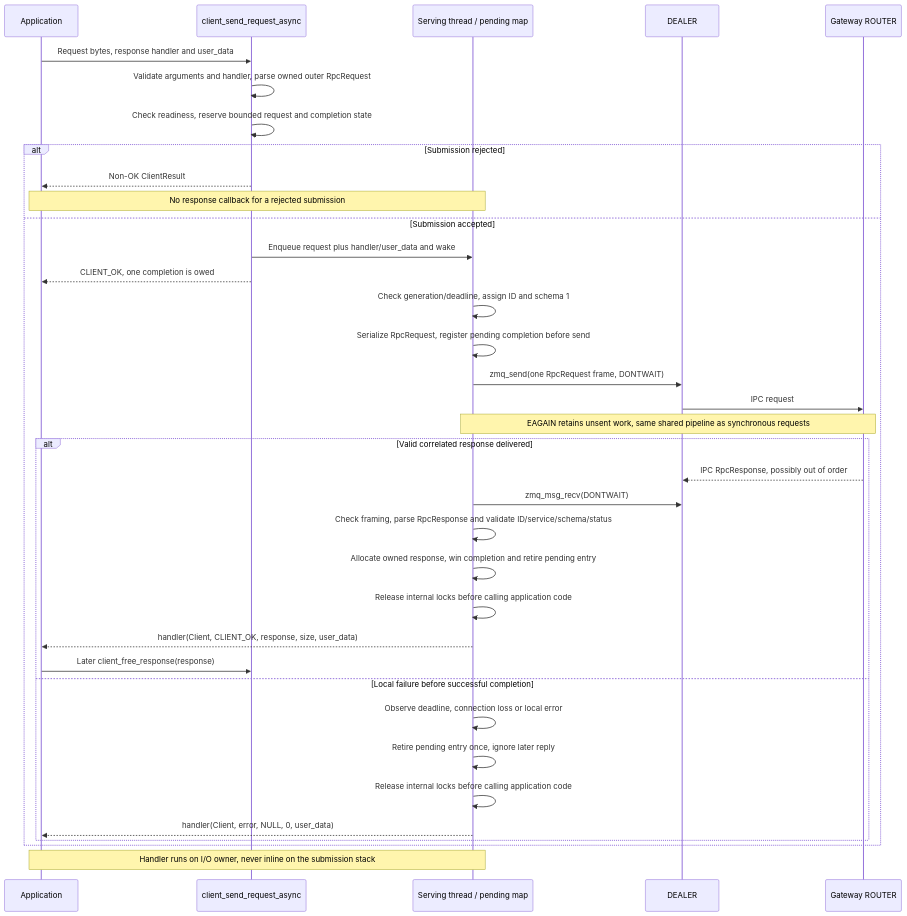
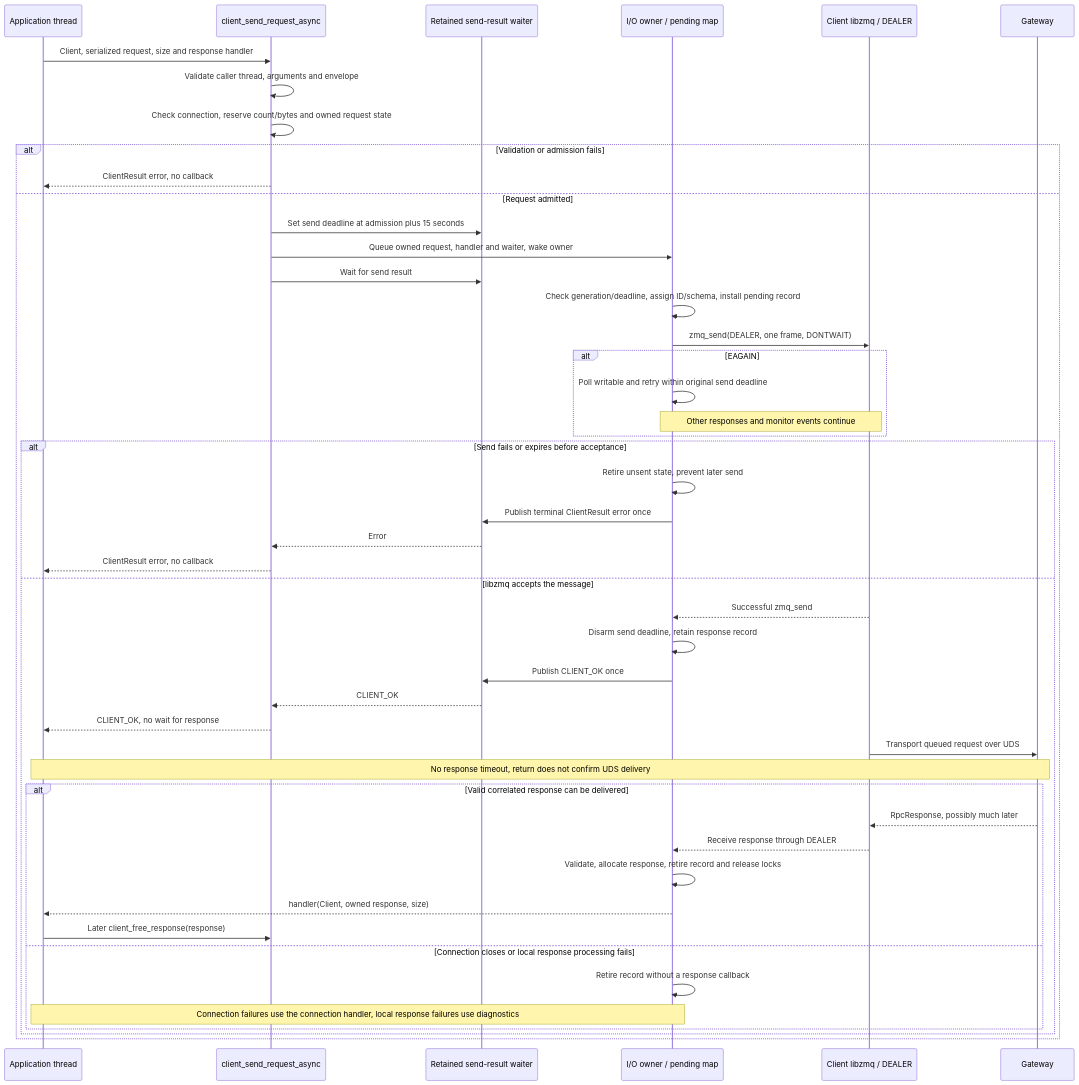
One commit to rdkcentral/eyil-secure-gateway changed the eighth of 29 diagrams in doc/EyilSecureGateway.md. Above: the diagram before and after it, drawn with Mermaid. The commit also changed other lines of this file, not shown here.

````diff
--- a/doc/EyilSecureGateway.md
+++ b/doc/EyilSecureGateway.md
@@ -1291,38 +1321,49 @@
 ```mermaid
 sequenceDiagram
-    participant A as Application
+    participant A as Application thread
     participant API as client_send_request_async
-    participant IO as Serving thread / pending map
-    participant Z as DEALER
-    participant G as Gateway ROUTER
-    A->>API: Request bytes, response handler and user_data
-    API->>API: Validate arguments and handler, parse owned outer RpcRequest
-    API->>API: Check readiness, reserve bounded request and completion state
-    alt Submission rejected
-        API-->>A: Non-OK ClientResult
-        Note over A,IO: No response callback for a rejected submission
-    else Submission accepted
-        API->>IO: Enqueue request plus handler/user_data and wake
-        API-->>A: CLIENT_OK, one completion is owed
-        IO->>IO: Check generation/deadline, assign ID and schema 1
-        IO->>IO: Serialize RpcRequest, register pending completion before send
-        IO->>Z: zmq_send(one RpcRequest frame, DONTWAIT)
-        Z->>G: IPC request
-        Note over IO,G: EAGAIN retains unsent work, same shared pipeline as synchronous requests
-        alt Valid correlated response delivered
-            G-->>Z: IPC RpcResponse, possibly out of order
-            IO->>Z: zmq_msg_recv(DONTWAIT)
-            IO->>IO: Check framing, parse RpcResponse and validate ID/service/schema/status
-            IO->>IO: Allocate owned response, win completion and retire pending entry
-            IO->>IO: Release internal locks before calling application code
-            IO-->>A: handler(Client, CLIENT_OK, response, size, user_data)
-            A->>API: Later client_free_response(response)
-        else Local failure before successful completion
-            IO->>IO: Observe deadline, connection loss or local error
-            IO->>IO: Retire pending entry once, ignore later reply
-            IO->>IO: Release internal locks before calling application code
-            IO-->>A: handler(Client, error, NULL, 0, user_data)
+    participant W as Retained send-result waiter
+    participant IO as I/O owner / pending map
+    participant Z as Client libzmq / DEALER
+    participant G as Gateway
+    A->>API: Client, serialized request, size and response handler
+    API->>API: Validate caller thread, arguments and envelope
+    API->>API: Check connection, reserve count/bytes and owned request state
+    alt Validation or admission fails
+        API-->>A: ClientResult error, no callback
+    else Request admitted
+        API->>W: Set send deadline at admission plus 15 seconds
+        API->>IO: Queue owned request, handler and waiter, wake owner
+        API->>W: Wait for send result
+        IO->>IO: Check generation/deadline, assign ID/schema, install pending record
+        IO->>Z: zmq_send(DEALER, one frame, DONTWAIT)
+        alt EAGAIN
+            IO->>IO: Poll writable and retry within original send deadline
+            Note over IO,Z: Other responses and monitor events continue
+        end
+        alt Send fails or expires before acceptance
+            IO->>IO: Retire unsent state, prevent later send
+            IO->>W: Publish terminal ClientResult error once
+            W-->>API: Error
+            API-->>A: ClientResult error, no callback
+        else libzmq accepts the message
+            Z-->>IO: Successful zmq_send
+            IO->>IO: Disarm send deadline, retain response record
+            IO->>W: Publish CLIENT_OK once
+            W-->>API: CLIENT_OK
+            API-->>A: CLIENT_OK, no wait for response
+            Z->>G: Transport queued request over UDS
+            Note over A,G: No response timeout, return does not confirm UDS delivery
+            alt Valid correlated response can be delivered
+                G-->>Z: RpcResponse, possibly much later
+                Z-->>IO: Receive response through DEALER
+                IO->>IO: Validate, allocate response, retire record and release locks
+                IO-->>A: handler(Client, owned response, size)
+                A->>API: Later client_free_response(response)
+            else Connection closes or local response processing fails
+                IO->>IO: Retire record without a response callback
+                Note over A,IO: Connection failures use the connection handler, local response failures use diagnostics
+            end
         end
     end
-    Note over A,IO: Handler runs on I/O owner, never inline on the submission stack
 ```
````
